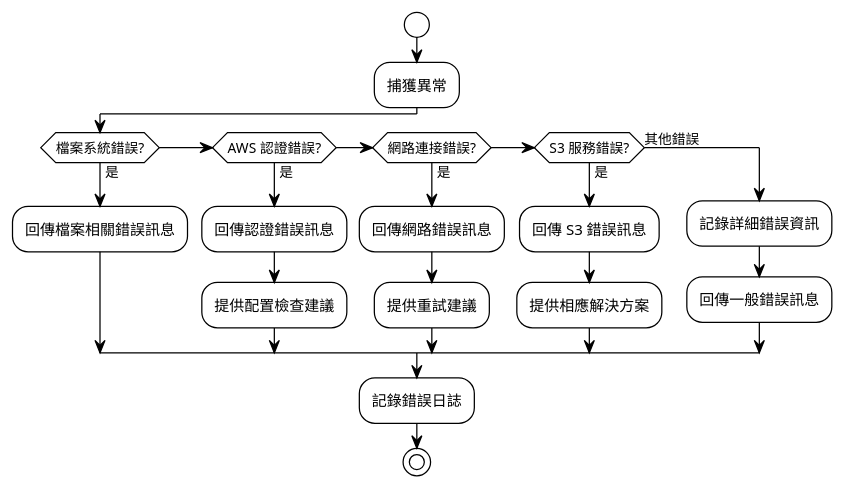
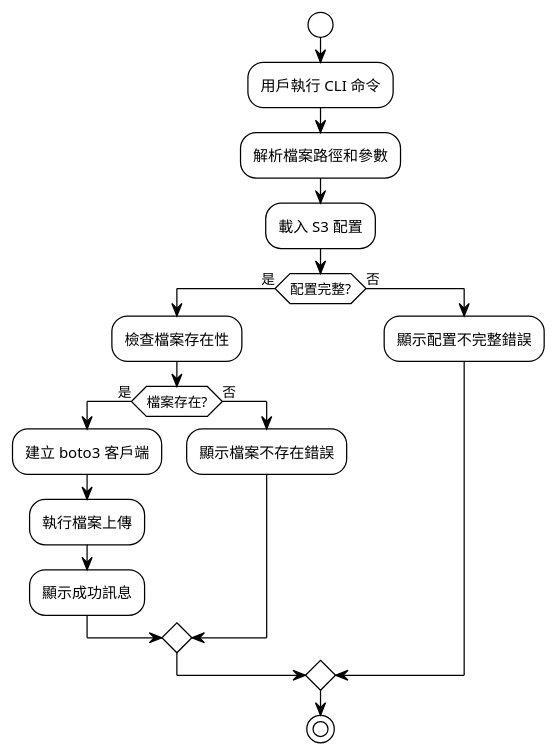
One commit to FATESAIKOU/CloudStorageSyncer changed the first of 2 diagrams in .prompt/02.Issue/02.AddSimpleFileUpload/01.BasicDesign/01.ProcessFlow.md. Above: the diagram before and after it, drawn with PlantUML. The commit also changed other lines of this file and 2 other files, not shown here.

````diff
--- a/.prompt/02.Issue/02.AddSimpleFileUpload/01.BasicDesign/01.ProcessFlow.md
+++ b/.prompt/02.Issue/02.AddSimpleFileUpload/01.BasicDesign/01.ProcessFlow.md
@@ -146,27 +5,25 @@
 ```plantuml
 @startuml
 !theme plain
 
 start
-:捕獲異常;
+:用戶執行 CLI 命令;
+:解析檔案路徑和參數;
+:載入 S3 配置;
 
-if (檔案系統錯誤?) then (是)
-  :回傳檔案相關錯誤訊息;
-elseif (AWS 認證錯誤?) then (是)
-  :回傳認證錯誤訊息;
-  :提供配置檢查建議;
-elseif (網路連接錯誤?) then (是)
-  :回傳網路錯誤訊息;
-  :提供重試建議;
-elseif (S3 服務錯誤?) then (是)
-  :回傳 S3 錯誤訊息;
-  :提供相應解決方案;
-else (其他錯誤)
-  :記錄詳細錯誤資訊;
-  :回傳一般錯誤訊息;
+if (配置完整?) then (是)
+  :檢查檔案存在性;
+  if (檔案存在?) then (是)
+    :建立 boto3 客戶端;
+    :執行檔案上傳;
+    :顯示成功訊息;
+  else (否)
+    :顯示檔案不存在錯誤;
+  endif
+else (否)
+  :顯示配置不完整錯誤;
 endif
 
-:記錄錯誤日誌;
 stop
 @enduml
 ```
````
